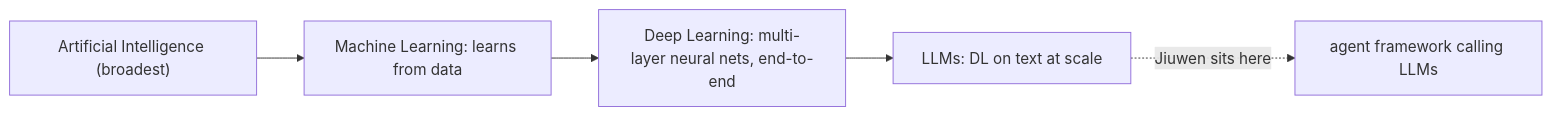
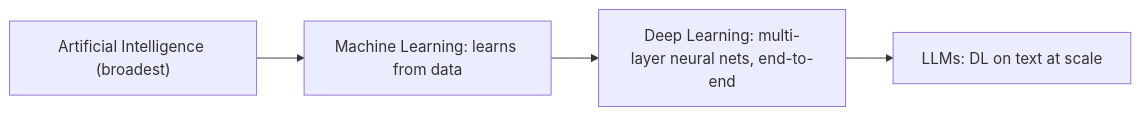
One commit to michaelatamuk/openjiuwen-knowledge changed the first of 18 diagrams in content/topics/00-ml-foundations.md. Above: the diagram before and after it, drawn with Mermaid. The commit also changed other lines of this file and 57 other files, not shown here.

````diff
--- a/content/topics/00-ml-foundations.md
+++ b/content/topics/00-ml-foundations.md
@@ -11,7 +9,6 @@
 ```mermaid
 flowchart LR
     AI["Artificial Intelligence (broadest)"] --> ML["Machine Learning: learns from data"]
     ML --> DL["Deep Learning: multi-layer neural nets, end-to-end"]
     DL --> LLM["LLMs: DL on text at scale"]
-    LLM -.->|"Jiuwen sits here"| JW["agent framework calling LLMs"]
 ```
````
